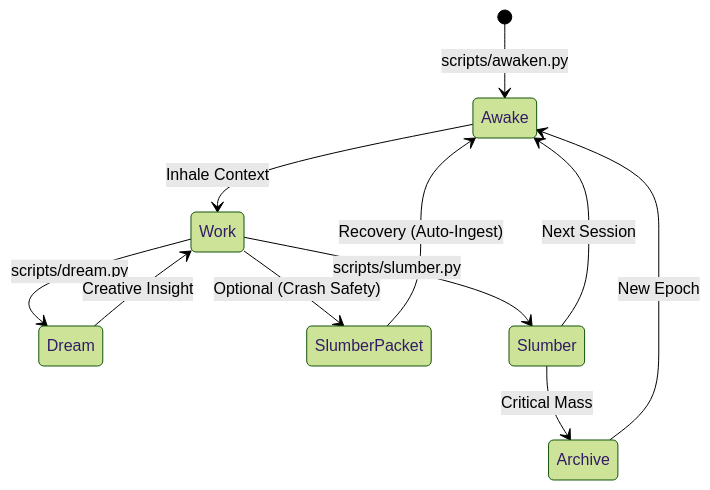
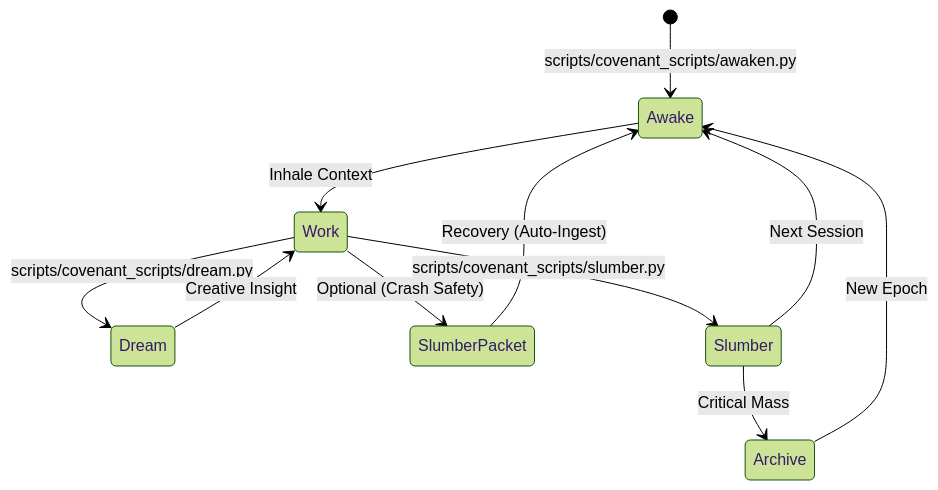
The diagram in wiki/00_foundations/THE_CYCLE.md (TheDaniel166/IsopGem), drawn with Mermaid (forest theme) before and after one commit. The commit also changed other lines of this file and 13 other files, not shown here.

First line of the commit message:
feat(agent): reinforcement of the cycle and evolution of the architect

````diff
--- a/wiki/00_foundations/THE_CYCLE.md
+++ b/wiki/00_foundations/THE_CYCLE.md
@@ -16,13 +16,13 @@
 ```mermaid
 stateDiagram-v2
-    [*] --> Awake: scripts/awaken.py
+    [*] --> Awake: scripts/covenant_scripts/awaken.py
     Awake --> Work: Inhale Context
-    Work --> Dream: scripts/dream.py
+    Work --> Dream: scripts/covenant_scripts/dream.py
     Dream --> Work: Creative Insight
     Work --> SlumberPacket: Optional (Crash Safety)
-    Work --> Slumber: scripts/slumber.py
+    Work --> Slumber: scripts/covenant_scripts/slumber.py
     SlumberPacket --> Awake: Recovery (Auto-Ingest)
     Slumber --> Awake: Next Session
     Slumber --> Archive: Critical Mass
     Archive --> Awake: New Epoch
 ```
````
